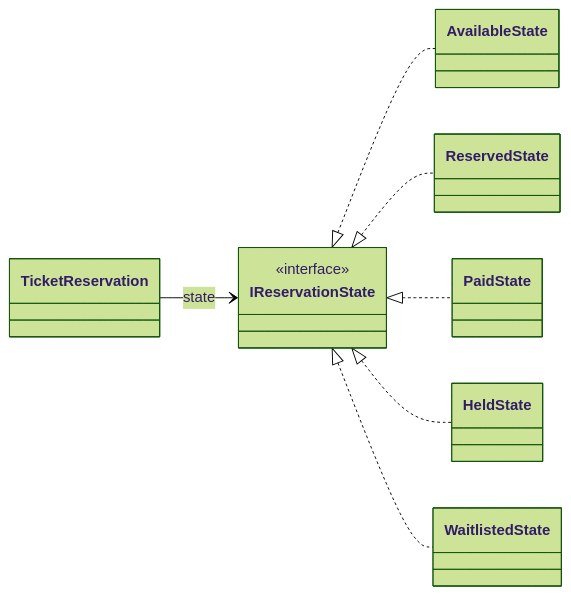
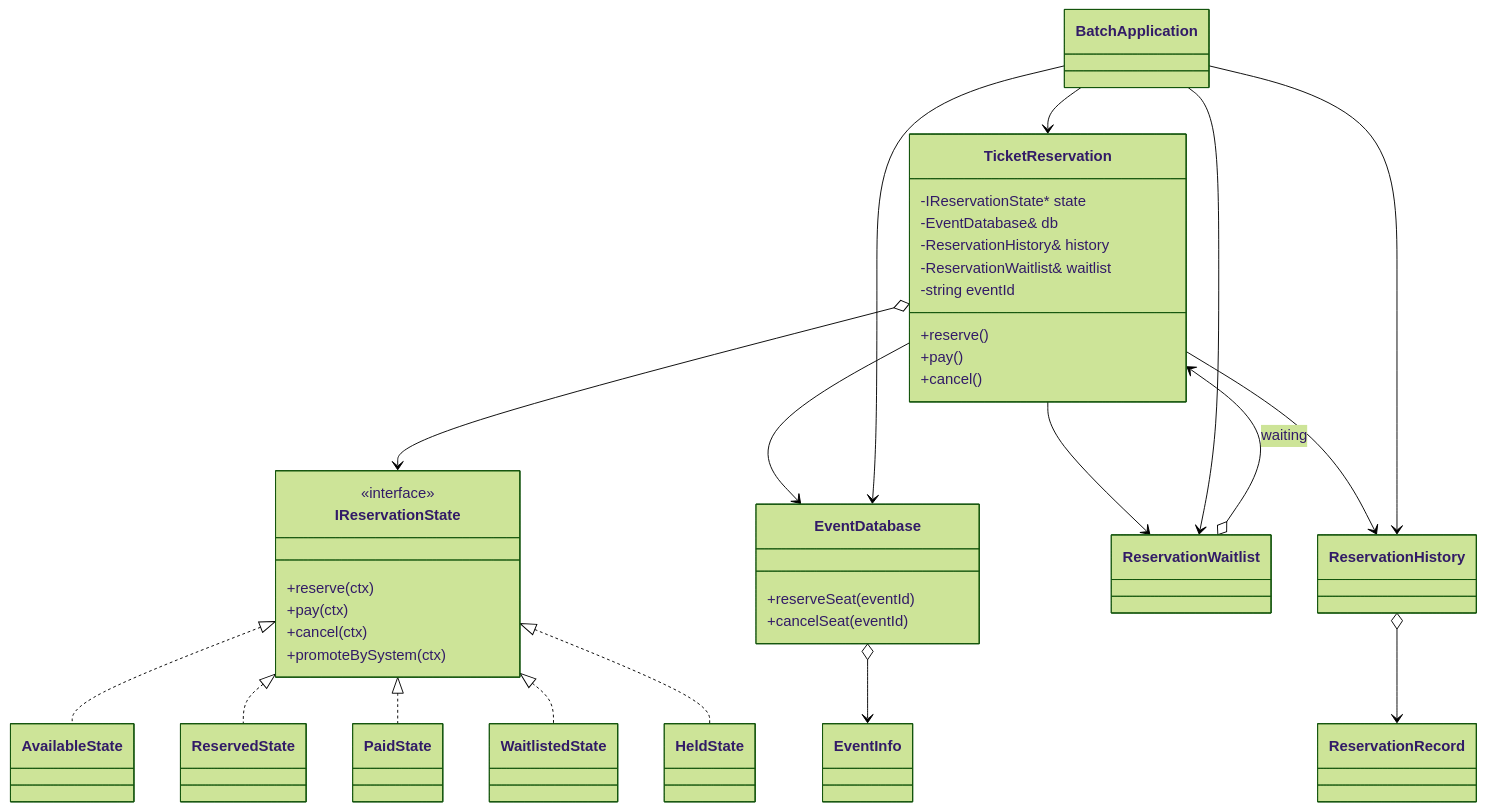
Before and after one commit to kumachan1101-pixel/DesignPattern: the tenth of 16 diagrams in kindle/design-patterns/output/chapter03.md, drawn with Mermaid (forest theme). The commit also changed other lines of this file and 19 other files, not shown here.

````diff
--- a/kindle/design-patterns/output/chapter03.md
+++ b/kindle/design-patterns/output/chapter03.md
@@ -1585,11 +1423,50 @@
 ```mermaid
 classDiagram
-    direction LR
-    class IReservationState { <<interface>> }
-    TicketReservation --> IReservationState : state
+    class TicketReservation {
+        -IReservationState* state
+        -EventDatabase& db
+        -ReservationHistory& history
+        -ReservationWaitlist& waitlist
+        -string eventId
+        +reserve()
+        +pay()
+        +cancel()
+    }
+    class IReservationState {
+        <<interface>>
+        +reserve(ctx)
+        +pay(ctx)
+        +cancel(ctx)
+        +promoteBySystem(ctx)
+    }
+    class EventInfo
+    class ReservationRecord
+    class ReservationHistory
+    class ReservationWaitlist
+    class AvailableState
+    class ReservedState
+    class PaidState
+    class WaitlistedState
+    class HeldState
+    class EventDatabase {
+        +reserveSeat(eventId)
+        +cancelSeat(eventId)
+    }
+    class BatchApplication
+    EventDatabase o--> EventInfo
+    ReservationHistory o--> ReservationRecord
+    ReservationWaitlist o--> TicketReservation : waiting
+    TicketReservation o--> IReservationState
+    TicketReservation --> EventDatabase
+    TicketReservation --> ReservationHistory
+    TicketReservation --> ReservationWaitlist
+    BatchApplication --> TicketReservation
+    BatchApplication --> EventDatabase
+    BatchApplication --> ReservationHistory
+    BatchApplication --> ReservationWaitlist
     IReservationState <|.. AvailableState
     IReservationState <|.. ReservedState
     IReservationState <|.. PaidState
+    IReservationState <|.. WaitlistedState
     IReservationState <|.. HeldState
-    IReservationState <|.. WaitlistedState
 ```
````
